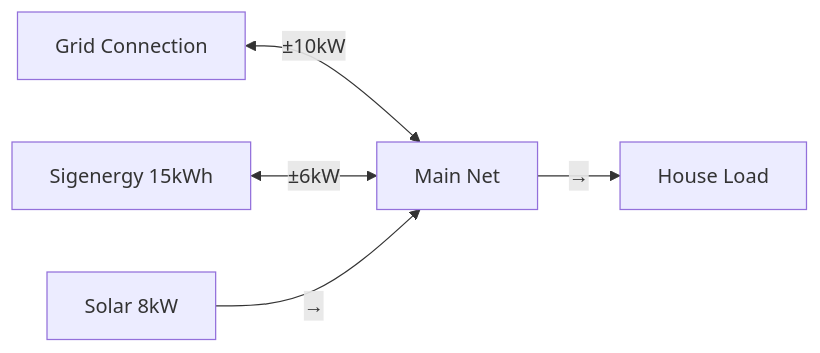
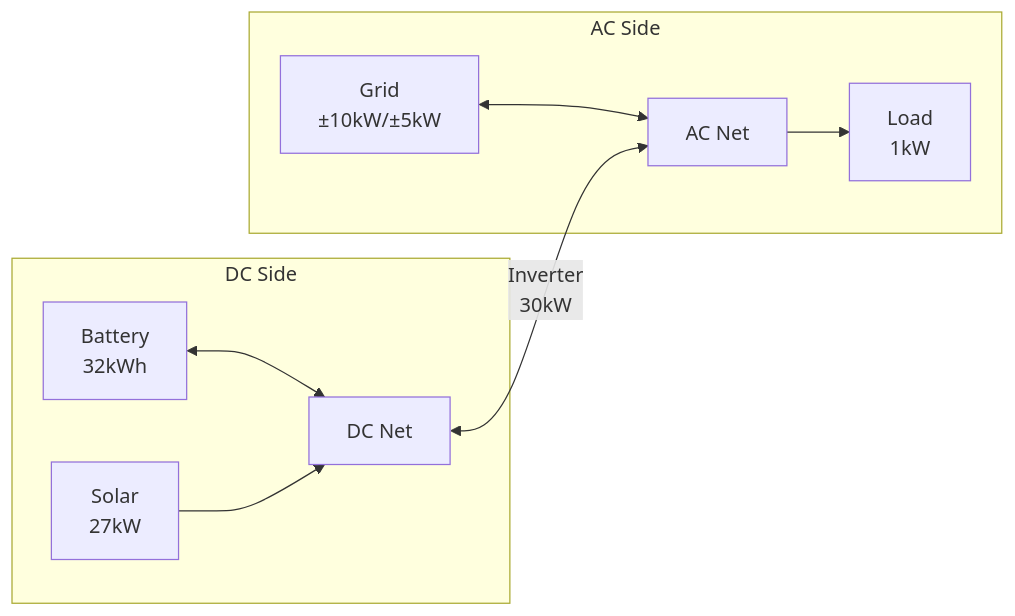
The diagram in docs/user-guide/examples/sigenergy-system.md (hass-energy/haeo), drawn with Mermaid before and after one commit. The commit also changed other lines of this file and 34 other files, not shown here.

````diff
--- a/docs/user-guide/examples/sigenergy-system.md
+++ b/docs/user-guide/examples/sigenergy-system.md
@@ -14,7 +15,14 @@
 ```mermaid
 graph LR
-    Grid[Grid Connection] <-->|±10kW| Net[Main Net]
-    Battery[Sigenergy 15kWh] <-->|±6kW| Net
-    Solar[Solar 8kW] -->|→| Net
-    Net -->|→| Load[House Load]
+    subgraph DC Side
+        Battery[Battery<br/>32kWh] <--> DC[DC Net]
+        Solar[Solar<br/>27kW] --> DC
+    end
+    
+    subgraph AC Side
+        Grid[Grid<br/>±10kW/±5kW] <--> AC[AC Net]
+        AC --> Load[Load<br/>1kW]
+    end
+    
+    DC <-->|Inverter<br/>30kW| AC
 ```
````
